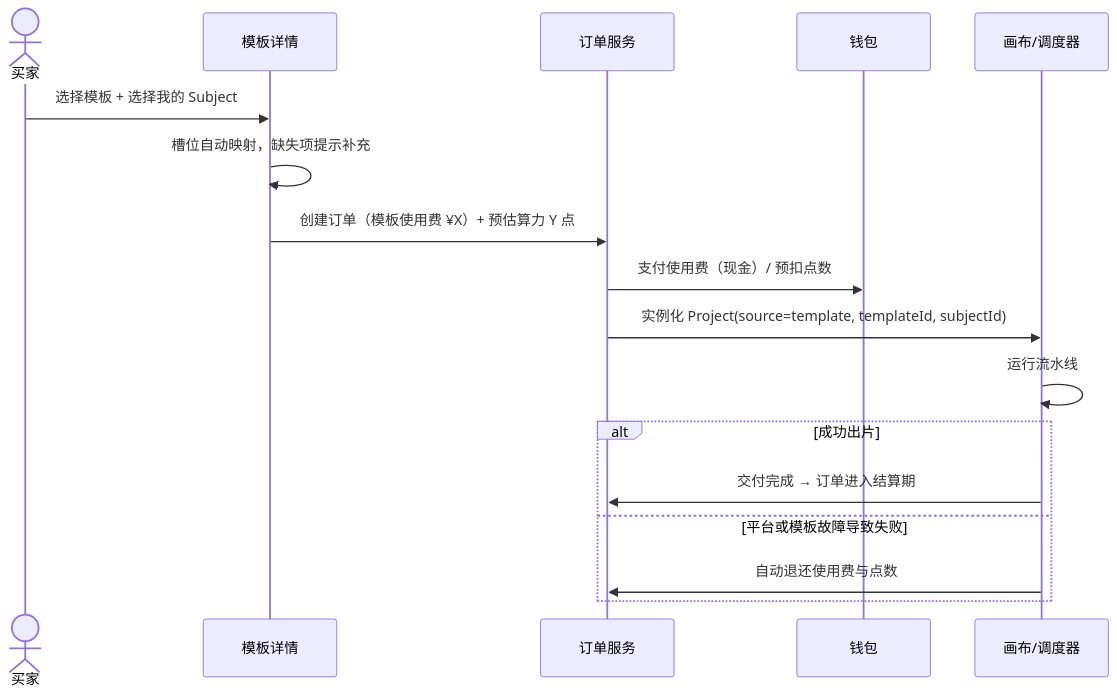
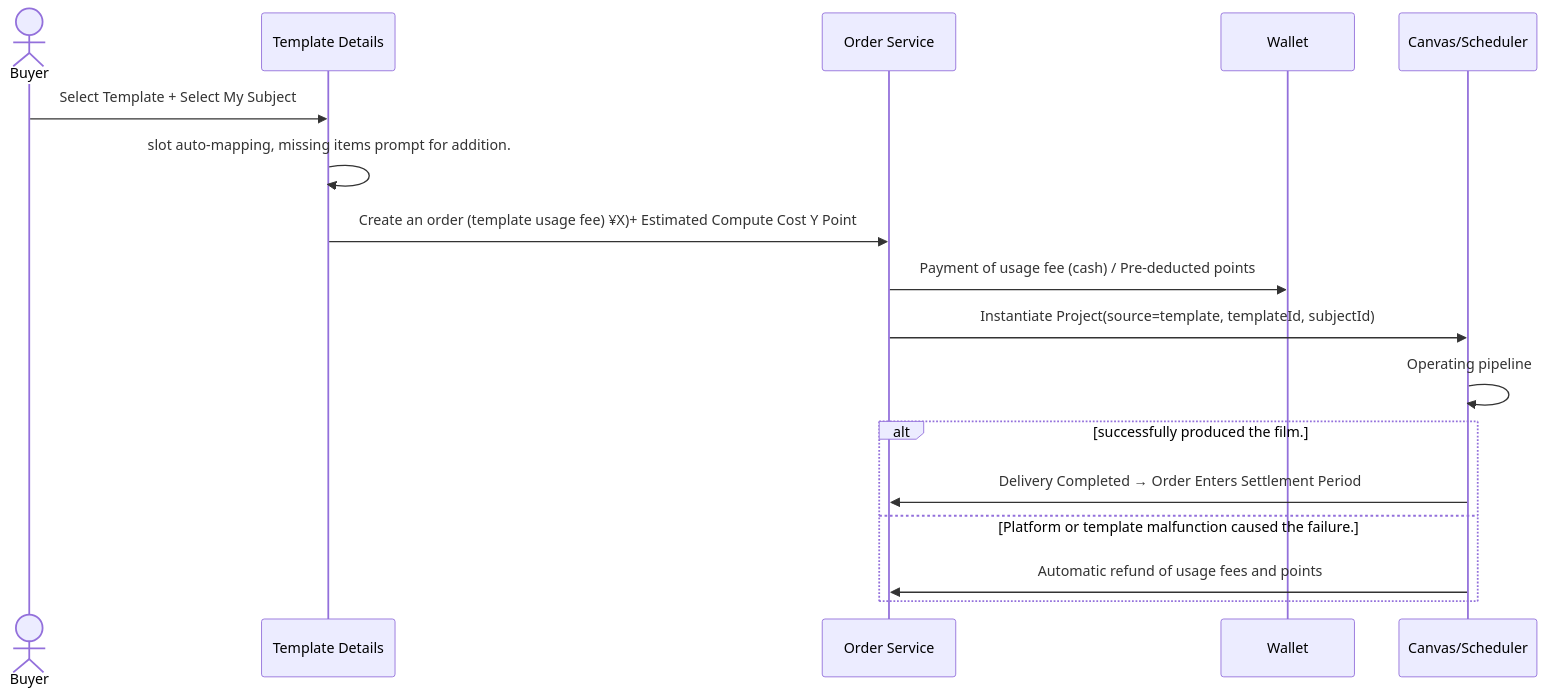
Diagram 13 of 17 in docs/prd.md (Runqi518/SPARKLE-AI---Your-Creativity-Deserves-a-Market), drawn with Mermaid before and after one commit. The commit also changed other lines of this file and 60 other files, not shown here.

````diff
--- a/docs/prd.md
+++ b/docs/prd.md
@@ -1379,19 +1353,19 @@
 ```mermaid
 sequenceDiagram
-    actor B as 买家
-    participant M as 模板详情
-    participant O as 订单服务
-    participant W as 钱包
-    participant P as 画布/调度器
-    B->>M: 选择模板 + 选择我的 Subject
-    M->>M: 槽位自动映射，缺失项提示补充
-    M->>O: 创建订单（模板使用费 ¥X）+ 预估算力 Y 点
-    O->>W: 支付使用费（现金）/ 预扣点数
-    O->>P: 实例化 Project(source=template, templateId, subjectId)
-    P->>P: 运行流水线
-    alt 成功出片
-        P->>O: 交付完成 → 订单进入结算期
-    else 平台或模板故障导致失败
-        P->>O: 自动退还使用费与点数
+    actor B as Buyer
+    participant M as Template Details
+    participant O as Order Service
+    participant W as Wallet
+    participant P as Canvas/Scheduler
+    B->>M: Select Template + Select My Subject
+    M->>M: slot auto-mapping, missing items prompt for addition.
+    M->>O: Create an order (template usage fee) ¥X)+ Estimated Compute Cost Y Point
+    O->>W: Payment of usage fee (cash) / Pre-deducted points
+    O->>P: Instantiate Project(source=template, templateId, subjectId)
+    P->>P: Operating pipeline
+    alt successfully produced the film.
+        P->>O: Delivery Completed → Order Enters Settlement Period
+    else Platform or template malfunction caused the failure.
+        P->>O: Automatic refund of usage fees and points
     end
 ```
````
